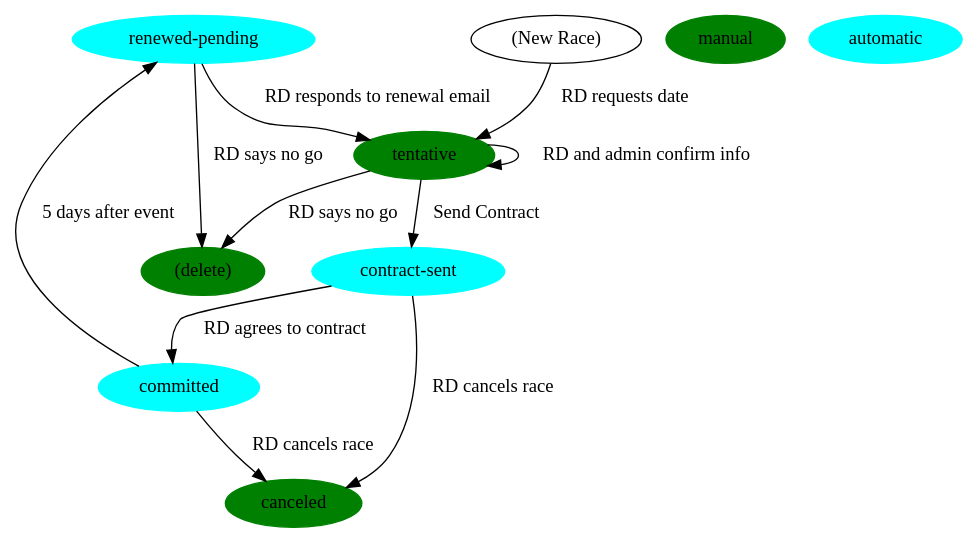
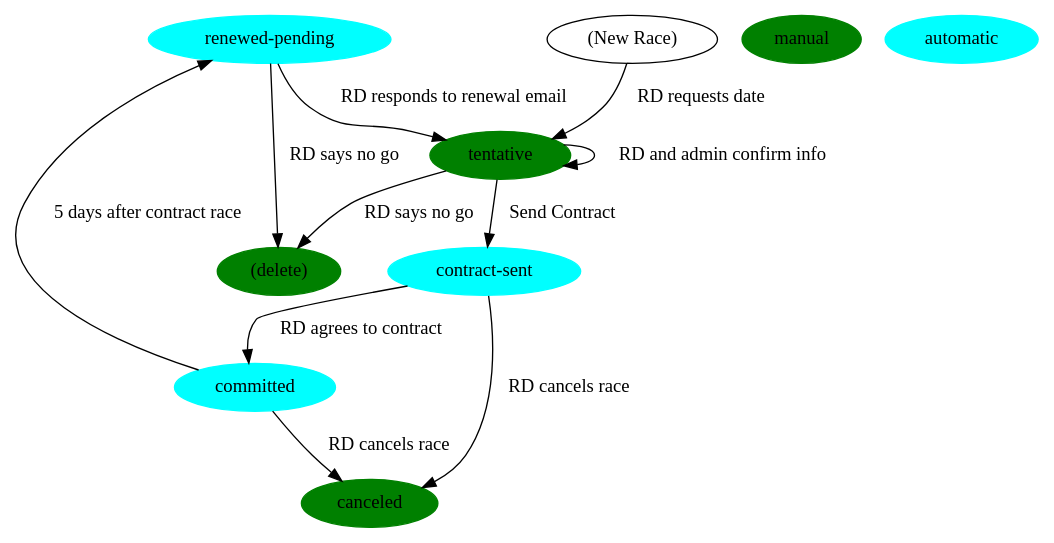
One commit to louking/contracts changed the diagram in docs/contract-admin-event-guide.rst. Above: the diagram before and after it, drawn with Graphviz. The commit also changed other lines of this file and 13 other files, not shown here.

```diff
--- a/docs/contract-admin-event-guide.rst
+++ b/docs/contract-admin-event-guide.rst
@@ -136,24 +135,24 @@
 .. graphviz::
 
    digraph{
       "renewed-pending" -> "tentative" [label="RD responds to renewal email"]
       "(New Race)" -> "tentative" [label="RD requests date"]
       "tentative" -> "tentative" [label="RD and admin confirm info"]
       "tentative" -> "contract-sent" [label="Send Contract"]
       "contract-sent" -> "committed" [label="RD agrees to contract"]
       "contract-sent" -> "canceled" [label="RD cancels race"]
       "committed" -> "canceled" [label="RD cancels race"]
-      "committed" -> "renewed-pending" [label="5 days after event"]
+      "committed" -> "renewed-pending" [label="5 days after contract race"]
       "renewed-pending" -> "(delete)" [label="RD says no go"]
       "tentative" -> "(delete)" [label="RD says no go"]
       
       "renewed-pending" [color=cyan, style=filled]
       "tentative" [color=green, style=filled]
       "contract-sent" [color=cyan, style=filled]
       "committed" [color=cyan, style=filled]
       "canceled" [color=green, style=filled]
       "(delete)" [color=green, style=filled]
 
       "manual" [color=green, style=filled]
       "automatic" [color=cyan, style=filled]
    }
```
